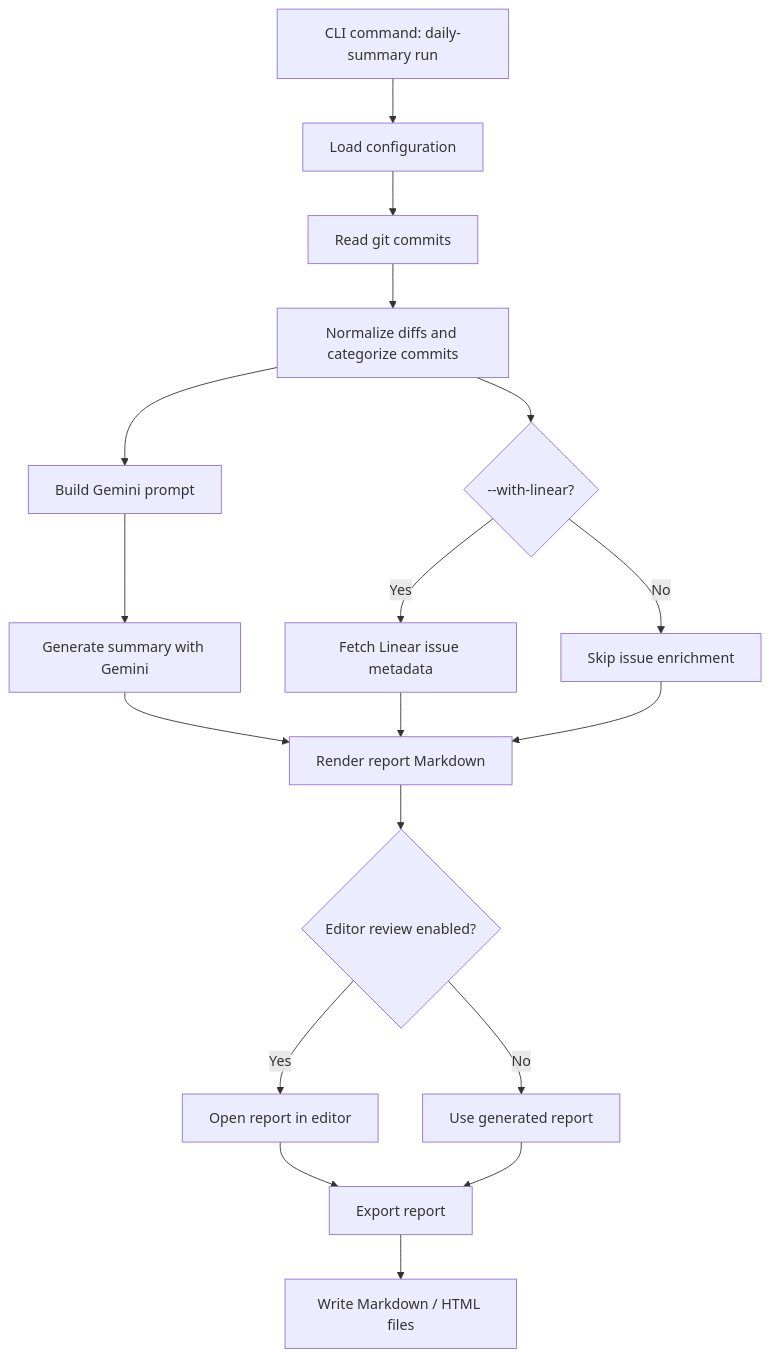
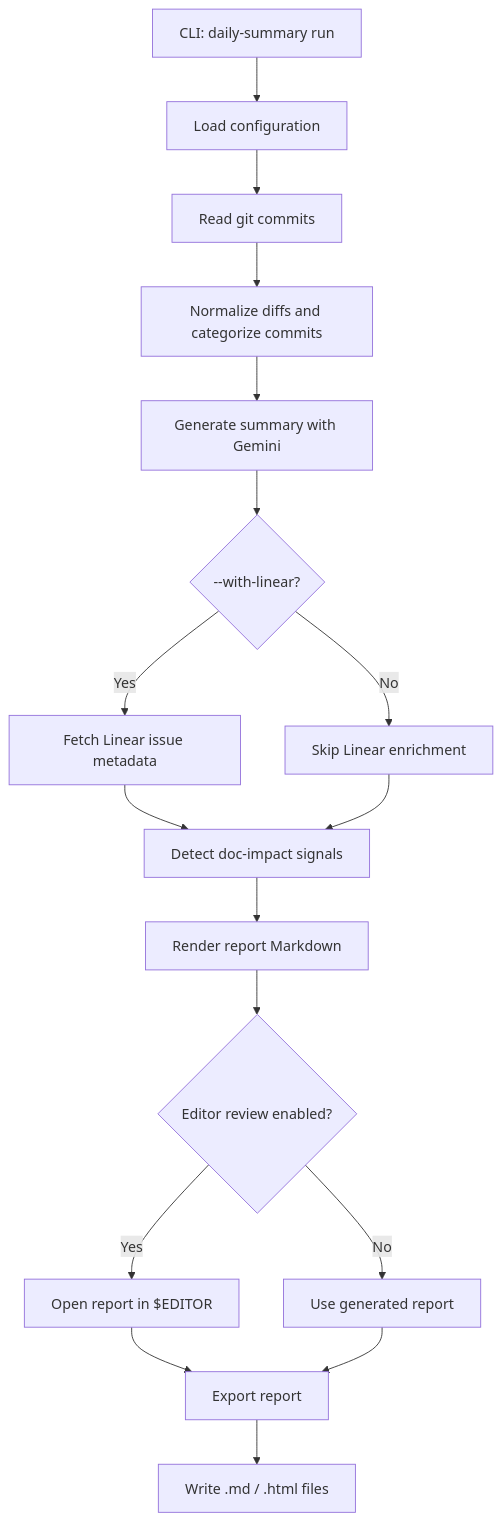
One commit to Vedant1202/work-summarizer changed the first of 2 diagrams in README.md. Above: the diagram before and after it, drawn with Mermaid. The commit also changed other lines of this file and 1 other file, not shown here.

Commit message:
docs: fix mermaid diagrams to accurately reflect current architecture
Report generation flow: fix sequential order (summarize → linear enrichment
→ detect doc signals → render), was incorrectly showing parallel branches.
Add missing detectDocSignals step which feeds into generateReport.

Config resolution: add .env files as an explicit source (were missing from
both diagrams). Clarify priority order in prose.

Add Web UI flow diagram to introduction.md showing the Express server,
React SPA, and the five API route groups (run, reports, config, mintlify,
doctor).

````diff
--- a/README.md
+++ b/README.md
@@ -35,20 +35,19 @@
 ```mermaid
 flowchart TD
-  A["CLI command: daily-summary run"] --> B["Load configuration"]
+  A["CLI: daily-summary run"] --> B["Load configuration"]
   B --> C["Read git commits"]
   C --> D["Normalize diffs and categorize commits"]
-  D --> E["Build Gemini prompt"]
-  E --> F["Generate summary with Gemini"]
-  D --> G{"--with-linear?"}
-  G -->|Yes| H["Fetch Linear issue metadata"]
-  G -->|No| I["Skip issue enrichment"]
-  F --> J["Render report Markdown"]
-  H --> J
-  I --> J
+  D --> E["Generate summary with Gemini"]
+  E --> F{"--with-linear?"}
+  F -->|Yes| G["Fetch Linear issue metadata"]
+  F -->|No| H["Skip Linear enrichment"]
+  G --> I["Detect doc-impact signals"]
+  H --> I
+  I --> J["Render report Markdown"]
   J --> K{"Editor review enabled?"}
-  K -->|Yes| L["Open report in editor"]
+  K -->|Yes| L["Open report in $EDITOR"]
   K -->|No| M["Use generated report"]
   L --> N["Export report"]
   M --> N
-  N --> O["Write Markdown / HTML files"]
+  N --> O["Write .md / .html files"]
 ```
````
